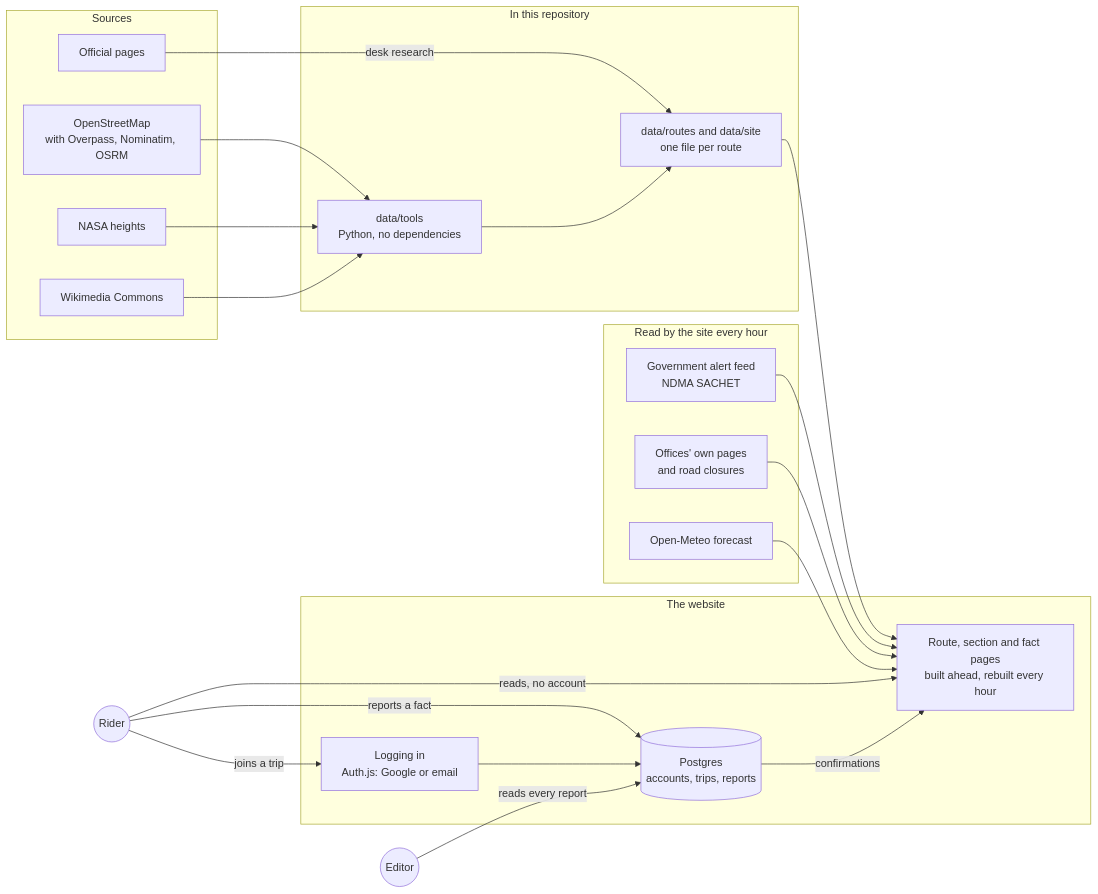
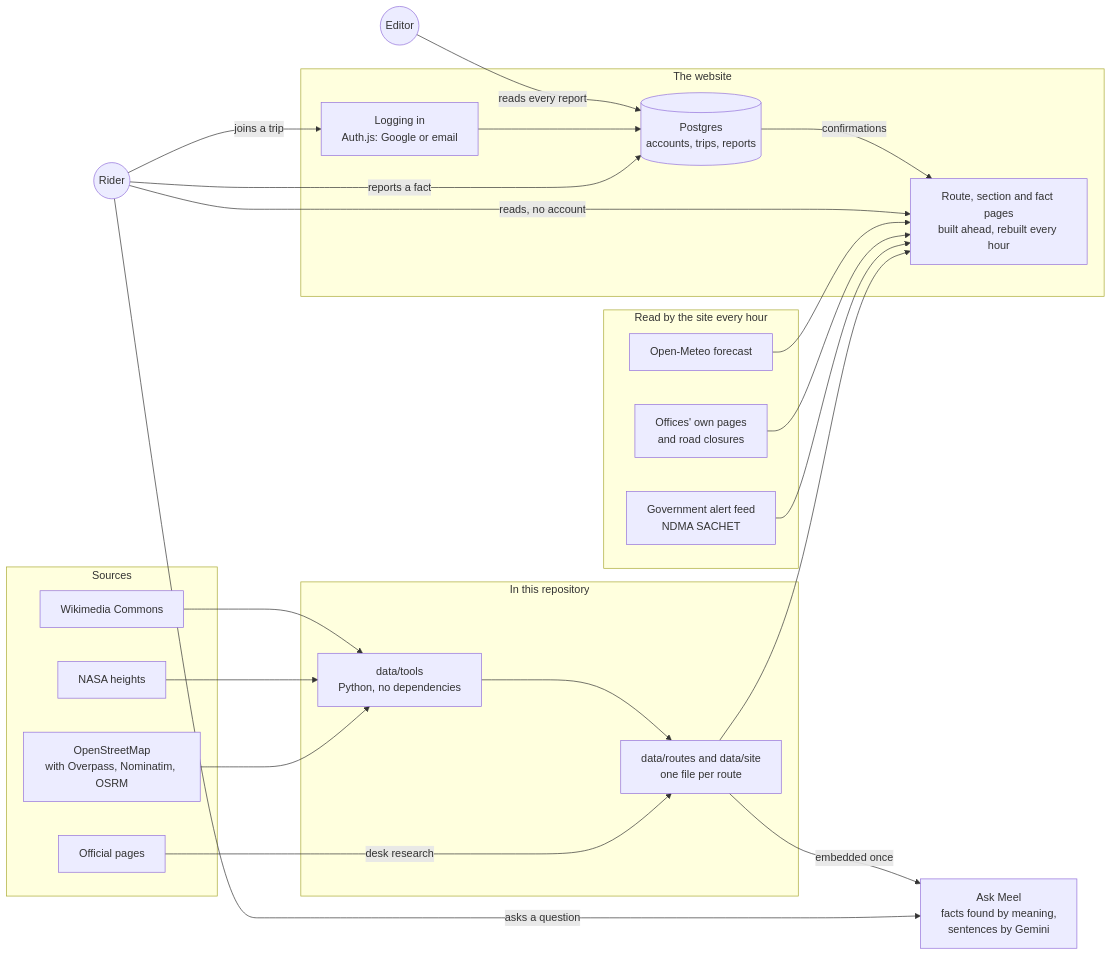
Before and after one commit to vishalmeena2211/meel: the diagram in README.md, drawn with Mermaid. The commit also changed other lines of this file and 3 other files, not shown here.

First line of the commit message:
README: Ask Meel, with screenshots; fix the Ask Meel mark on phones

````diff
--- a/README.md
+++ b/README.md
@@ -82,36 +103,38 @@
 ```mermaid
 flowchart LR
   subgraph sources ["Sources"]
     OSM["OpenStreetMap<br/>with Overpass, Nominatim, OSRM"]
     NASA["NASA heights"]
     WM["Wikimedia Commons"]
     GOV["Official pages"]
   end
   subgraph repo ["In this repository"]
     TOOLS["data/tools<br/>Python, no dependencies"]
     DATA["data/routes and data/site<br/>one file per route"]
   end
   subgraph live ["Read by the site every hour"]
     ALERTS["Government alert feed<br/>NDMA SACHET"]
     OFFICES["Offices' own pages<br/>and road closures"]
     METEO["Open-Meteo forecast"]
   end
   subgraph site ["The website"]
     PAGES["Route, section and fact pages<br/>built ahead, rebuilt every hour"]
     AUTH["Logging in<br/>Auth.js: Google or email"]
     DB[("Postgres<br/>accounts, trips, reports")]
   end
   OSM --> TOOLS
   NASA --> TOOLS
   WM --> TOOLS
   GOV -->|desk research| DATA
   TOOLS --> DATA --> PAGES
   ALERTS --> PAGES
   OFFICES --> PAGES
   METEO --> PAGES
   RIDER(("Rider")) -->|reads, no account| PAGES
+  RIDER -->|asks a question| ASK["Ask Meel<br/>facts found by meaning,<br/>sentences by Gemini"]
+  DATA -->|embedded once| ASK
   RIDER -->|reports a fact| DB
   RIDER -->|joins a trip| AUTH --> DB
   EDITOR(("Editor")) -->|reads every report| DB
   DB -->|confirmations| PAGES
 ```
````
